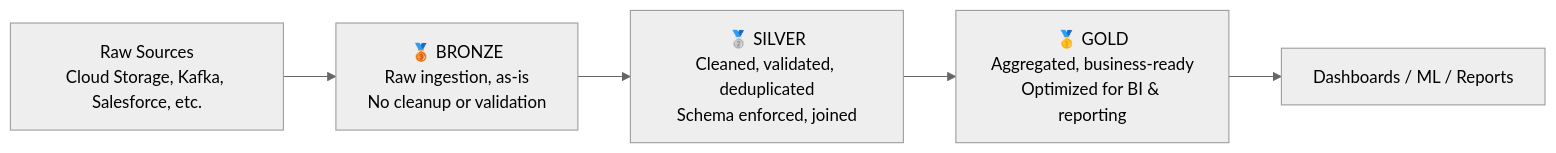
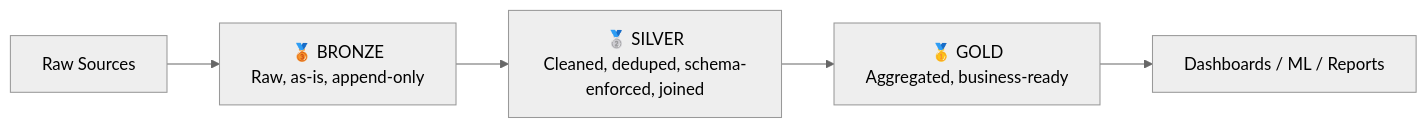
One commit to Panther010/learning changed the first of 4 diagrams in documents/Theory_and_concepts/databricks/databricks.md. Above: the diagram before and after it, drawn with Mermaid (neutral theme). The commit also changed other lines of this file and 3 other files, not shown here.

````diff
--- a/documents/Theory_and_concepts/databricks/databricks.md
+++ b/documents/Theory_and_concepts/databricks/databricks.md
@@ -73,7 +105,7 @@
 ```mermaid
 flowchart LR
-    A[Raw Sources<br/>Cloud Storage, Kafka, Salesforce, etc.] --> B["🥉 BRONZE<br/>Raw ingestion, as-is<br/>No cleanup or validation"]
-    B --> C["🥈 SILVER<br/>Cleaned, validated, deduplicated<br/>Schema enforced, joined"]
-    C --> D["🥇 GOLD<br/>Aggregated, business-ready<br/>Optimized for BI & reporting"]
+    A[Raw Sources] --> B["🥉 BRONZE<br/>Raw, as-is, append-only"]
+    B --> C["🥈 SILVER<br/>Cleaned, deduped, schema-enforced, joined"]
+    C --> D["🥇 GOLD<br/>Aggregated, business-ready"]
     D --> E[Dashboards / ML / Reports]
 ```
````
